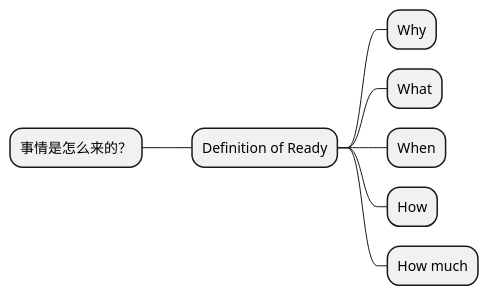
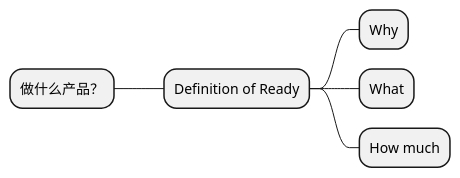
One commit to lem-org/lem-org.github.io changed the third of 13 diagrams in content/insights/what_is_agile/index.zh-cn.raw.md. Above: the diagram before and after it, drawn with PlantUML. The commit also changed other lines of this file and 22 other files, not shown here.

````diff
--- a/content/insights/what_is_agile/index.zh-cn.raw.md
+++ b/content/insights/what_is_agile/index.zh-cn.raw.md
@@ -36,11 +72,9 @@
 ```plantuml
 @startmindmap
-* 事情是怎么来的？
+* 做什么产品？
     * Definition of Ready
         * Why
         * What
-        * When
-        * How
         * How much
 @endmindmap
 ```
````
